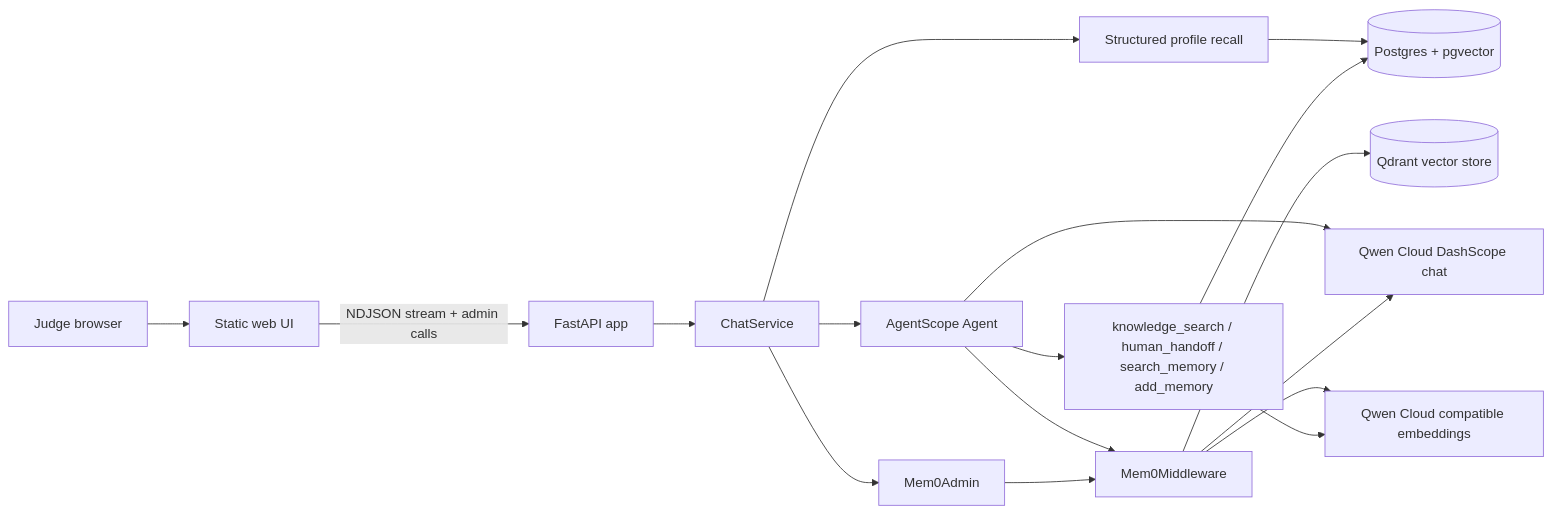
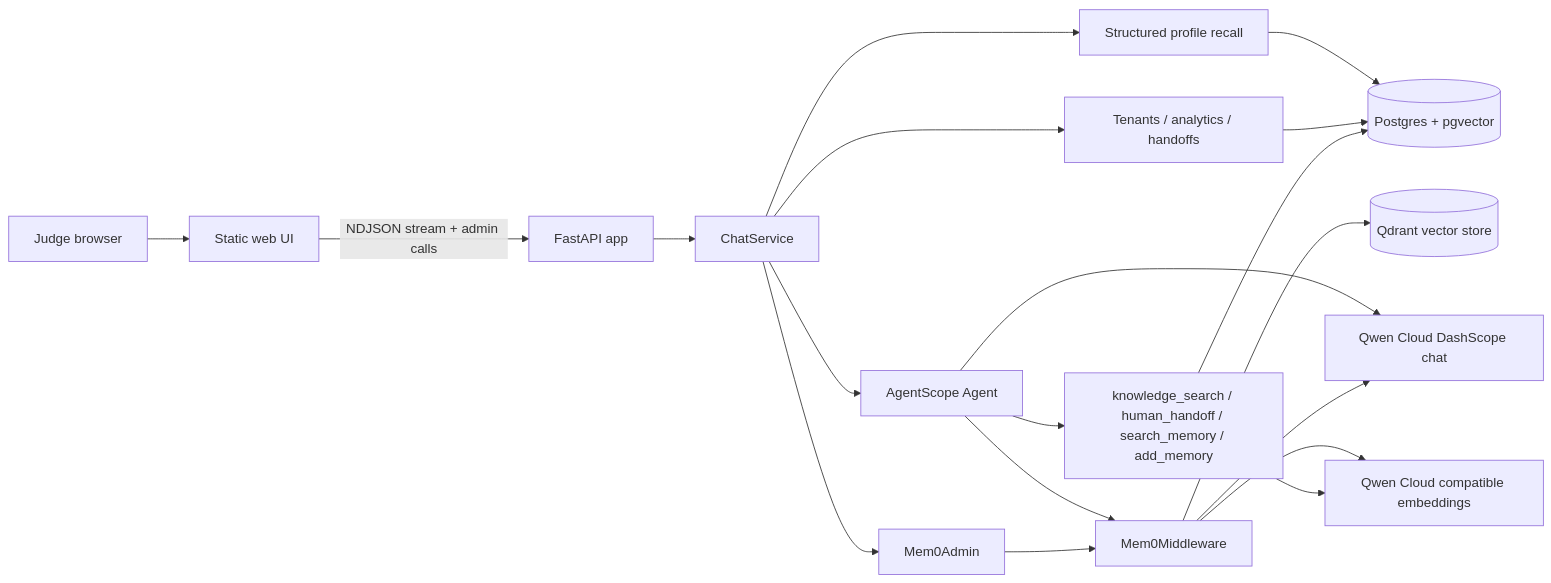
The diagram in ARCHITECTURE.md (JOY/DOSClaw-Qwen), drawn with Mermaid before and after one commit. The commit also changed other lines of this file and 25 other files, not shown here.

````diff
--- a/ARCHITECTURE.md
+++ b/ARCHITECTURE.md
@@ -7,19 +7,21 @@
 ```mermaid
 flowchart LR
   Judge[Judge browser] --> UI[Static web UI]
   UI -->|NDJSON stream + admin calls| API[FastAPI app]
   API --> Service[ChatService]
   Service --> Profile[Structured profile recall]
   Service --> Admin[Mem0Admin]
+  Service --> Ops[Tenants / analytics / handoffs]
   Service --> Agent[AgentScope Agent]
   Agent --> Mem0[Mem0Middleware]
   Agent --> Tools[knowledge_search / human_handoff / search_memory / add_memory]
   Profile --> PG[(Postgres + pgvector)]
   Admin --> Mem0
+  Ops --> PG
   Mem0 --> Qdrant[(Qdrant vector store)]
   Tools --> PG
 Agent --> Qwen[Qwen Cloud DashScope chat]
 Mem0 --> Qwen
 Mem0 --> Embed[Qwen Cloud compatible embeddings]
 Tools --> Embed
 ```
````
